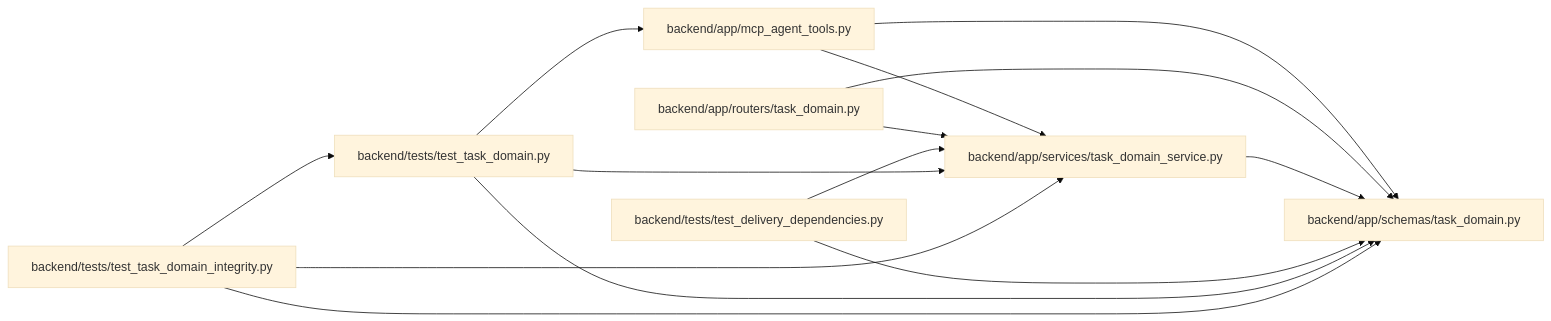
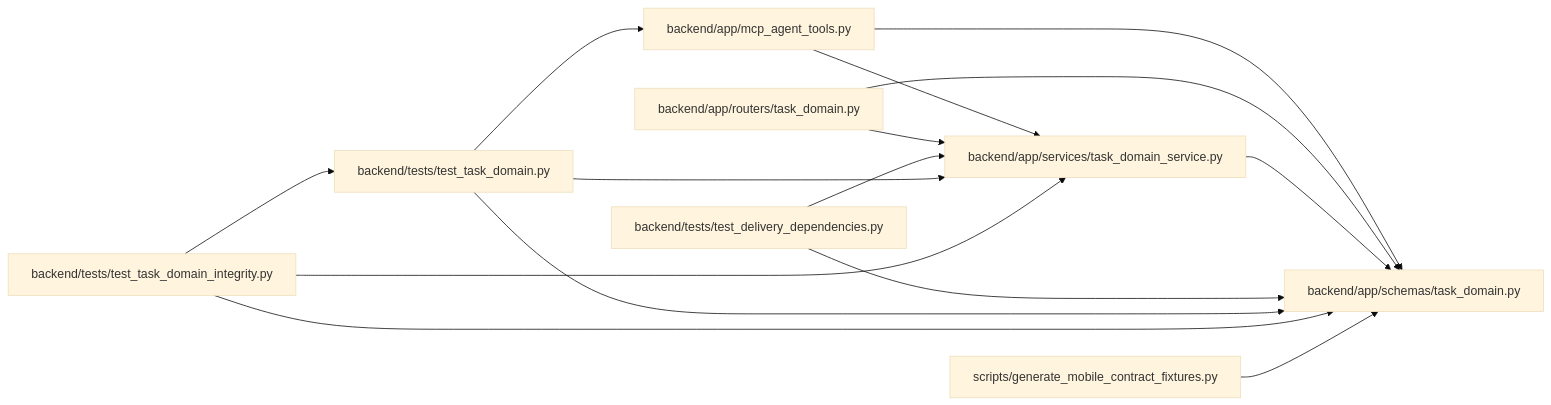
Before and after one commit to Denissvgn/WorkChord: the diagram in docs/llm_wiki/modules/schemas_task_domain.md, drawn with Mermaid (base theme). The commit also changed other lines of this file and 333 other files, not shown here.

Commit message:
docs(wiki): document canonical mobile contract examples

````diff
--- a/docs/llm_wiki/modules/schemas_task_domain.md
+++ b/docs/llm_wiki/modules/schemas_task_domain.md
@@ -19,30 +19,33 @@
 ```mermaid
 flowchart LR
     n0["backend/app/mcp_agent_tools.py"]
     n1["backend/app/routers/task_domain.py"]
     n2["backend/app/schemas/task_domain.py"]
     n3["backend/app/services/task_domain_service.py"]
     n4["backend/tests/test_delivery_dependencies.py"]
     n5["backend/tests/test_task_domain.py"]
     n6["backend/tests/test_task_domain_integrity.py"]
+    n7["scripts/generate_mobile_contract_fixtures.py"]
     n0 --> n2
     n0 --> n3
     n1 --> n2
     n1 --> n3
     n3 --> n2
     n4 --> n2
     n4 --> n3
     n5 --> n0
     n5 --> n2
     n5 --> n3
     n6 --> n2
     n6 --> n3
     n6 --> n5
+    n7 --> n2
     click n0 "../modules/mcp_agent_tools.md"
     click n1 "../modules/routers_task_domain.md"
     click n2 "../modules/schemas_task_domain.md"
     click n3 "../modules/task_domain_service.md"
     click n4 "../modules/test_delivery_dependencies.md"
     click n5 "../modules/test_task_domain.md"
     click n6 "../modules/test_task_domain_integrity.md"
+    click n7 "../modules/generate_mobile_contract_fixtures.md"
 ```
````
